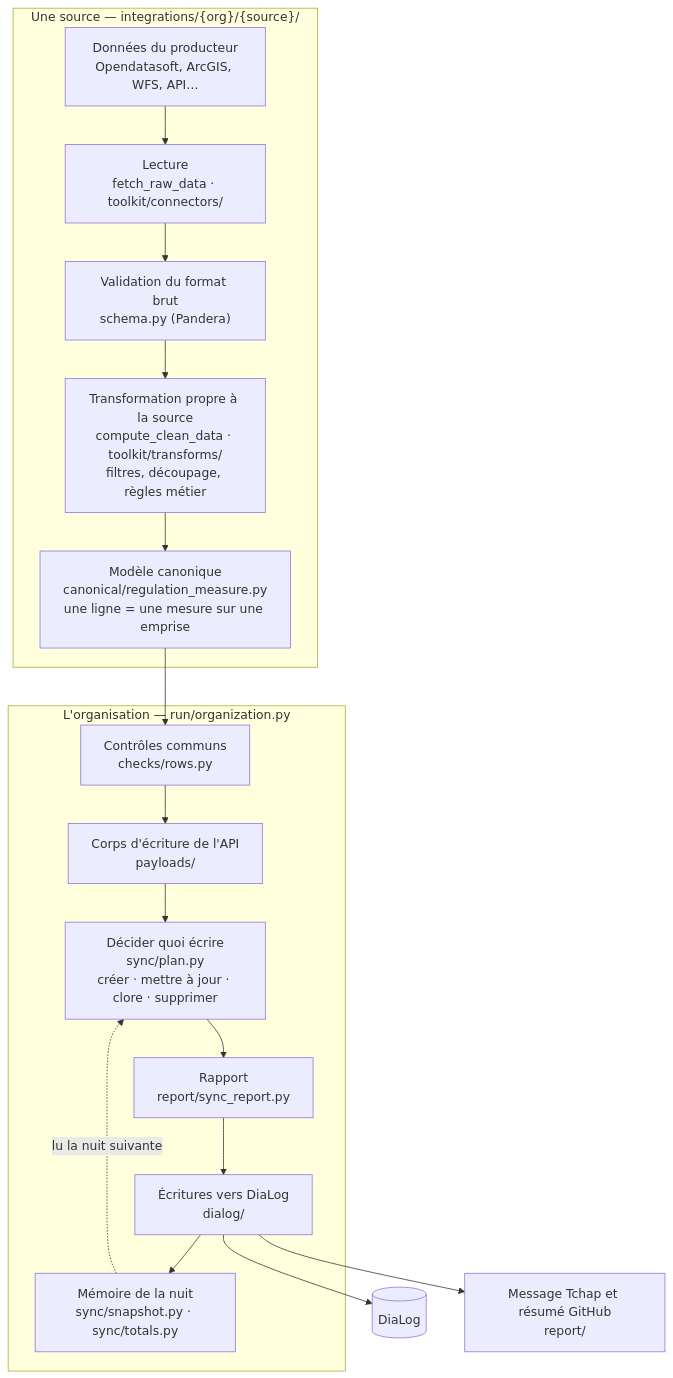
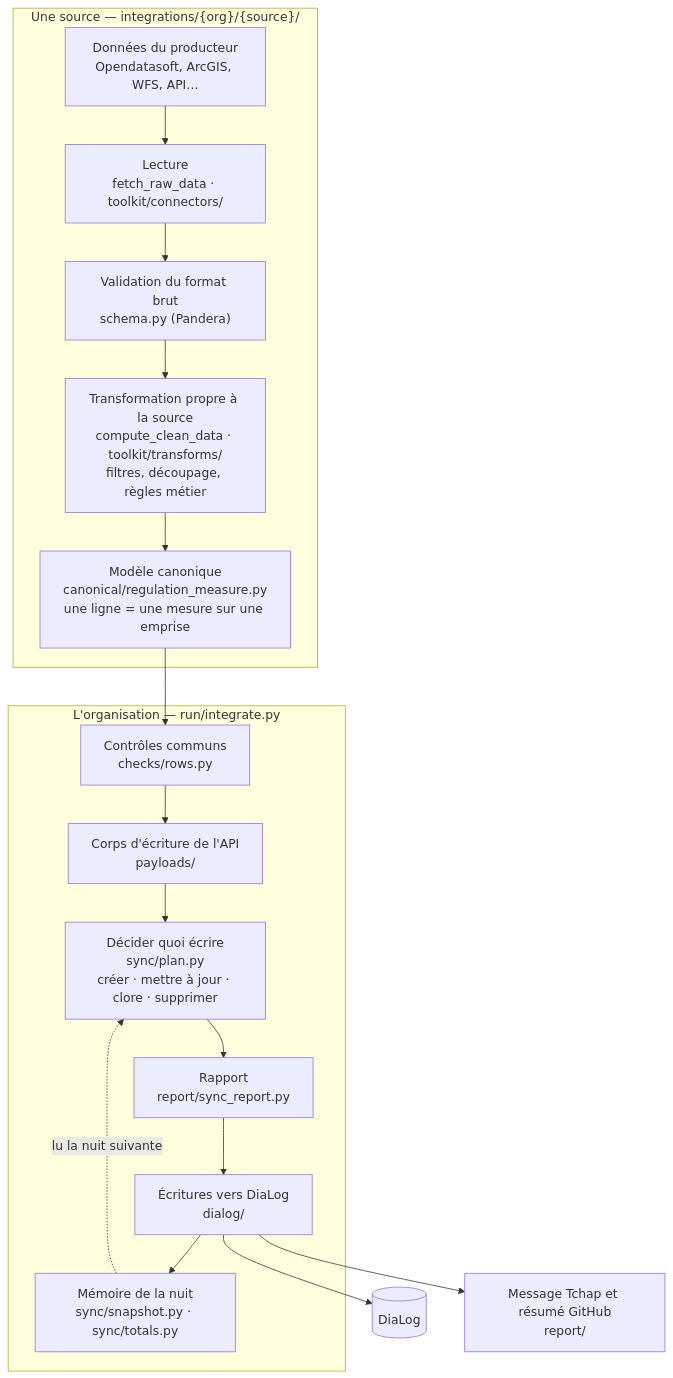
Before and after one commit to MTES-MCT/dialog-integrations: the first of 2 diagrams in docs/architecture.md, drawn with Mermaid. The commit also changed other lines of this file and 7 other files, not shown here.

First line of the commit message:
refactor: split the organization's run into one file per step (#40)

````diff
--- a/docs/architecture.md
+++ b/docs/architecture.md
@@ -14,26 +14,26 @@
 ```mermaid
 flowchart TD
     subgraph SRC["Une source — integrations/{org}/{source}/"]
         A["Données du producteur<br/>Opendatasoft, ArcGIS, WFS, API…"]
         B["Lecture<br/>fetch_raw_data · toolkit/connectors/"]
         C["Validation du format brut<br/>schema.py (Pandera)"]
         D["Transformation propre à la source<br/>compute_clean_data · toolkit/transforms/<br/>filtres, découpage, règles métier"]
         E["Modèle canonique<br/>canonical/regulation_measure.py<br/>une ligne = une mesure sur une emprise"]
         A --> B --> C --> D --> E
     end
 
-    subgraph ORG["L'organisation — run/organization.py"]
+    subgraph ORG["L'organisation — run/integrate.py"]
         F["Contrôles communs<br/>checks/rows.py"]
         G["Corps d'écriture de l'API<br/>payloads/"]
         H["Décider quoi écrire<br/>sync/plan.py<br/>créer · mettre à jour · clore · supprimer"]
         I["Rapport<br/>report/sync_report.py"]
         J["Écritures vers DiaLog<br/>dialog/"]
         K["Mémoire de la nuit<br/>sync/snapshot.py · sync/totals.py"]
         F --> G --> H --> I --> J --> K
     end
 
     E --> F
     J --> L[("DiaLog")]
     K -.->|"lu la nuit suivante"| H
     J --> M["Message Tchap et résumé GitHub<br/>report/"]
 ```
````
